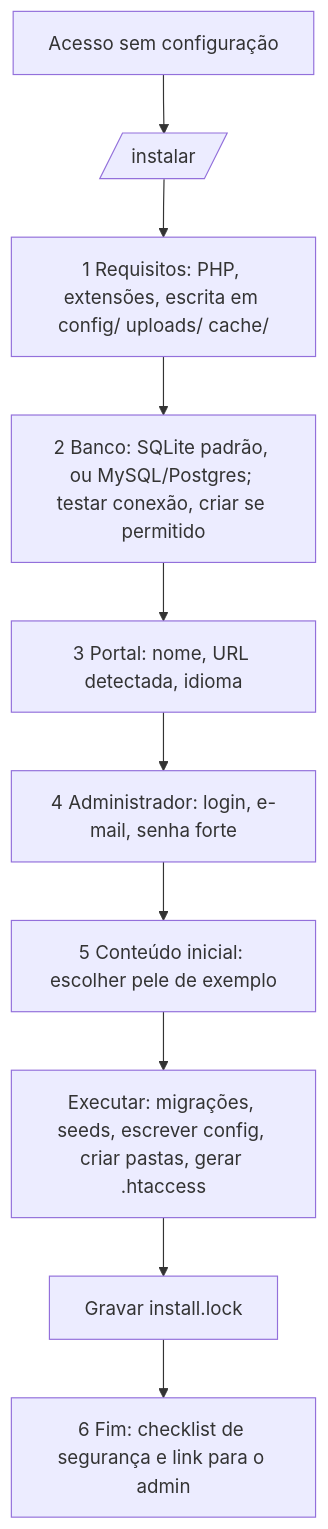
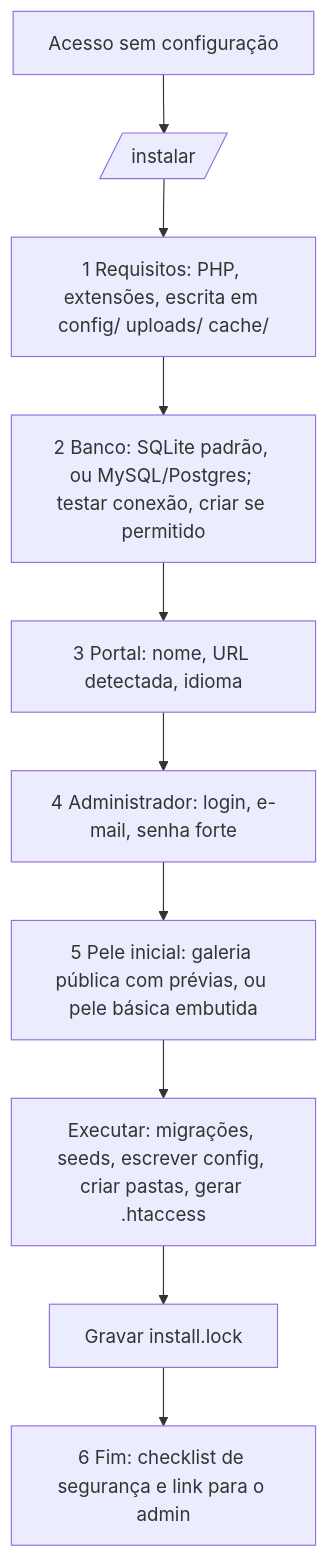
One commit to publicare/publicare4 changed the diagram in docs/fluxos/03-instalacao.md. Above: the diagram before and after it, drawn with Mermaid. The commit also changed other lines of this file and 4 other files, not shown here.

````diff
--- a/docs/fluxos/03-instalacao.md
+++ b/docs/fluxos/03-instalacao.md
@@ -13,12 +13,12 @@
 ```mermaid
 flowchart TD
     S[Acesso sem configuração] --> I[/instalar/]
     I --> R1[1 Requisitos: PHP, extensões, escrita em config/ uploads/ cache/]
     R1 --> R2[2 Banco: SQLite padrão, ou MySQL/Postgres; testar conexão, criar se permitido]
     R2 --> R3[3 Portal: nome, URL detectada, idioma]
     R3 --> R4[4 Administrador: login, e-mail, senha forte]
-    R4 --> R5[5 Conteúdo inicial: escolher pele de exemplo]
+    R4 --> R5[5 Pele inicial: galeria pública com prévias, ou pele básica embutida]
     R5 --> X[Executar: migrações, seeds, escrever config, criar pastas, gerar .htaccess]
     X --> L[Gravar install.lock]
     L --> F[6 Fim: checklist de segurança e link para o admin]
 ```
````
